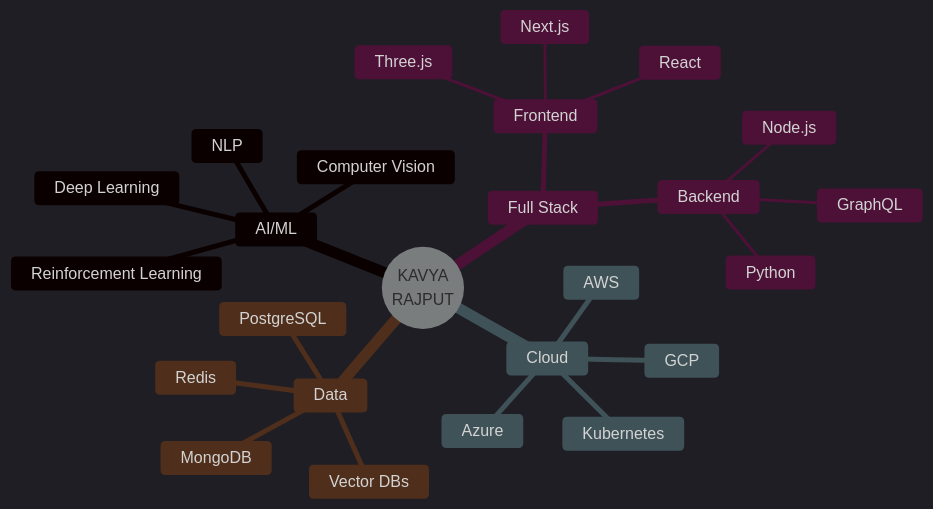
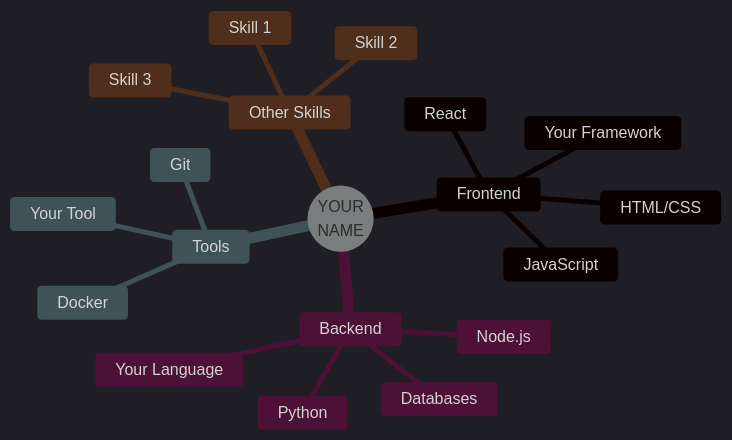
One commit to KAVYA-29-ai/KAVYA-29-ai changed the diagram in README.md. Above: the diagram before and after it, drawn with Mermaid. The commit also changed other lines of this file, not shown here.

````diff
--- a/README.md
+++ b/README.md
@@ -352,29 +566,23 @@
 ```mermaid
 %%{init: {'theme':'dark'}}%%
 mindmap
-  root((KAVYA<br/>RAJPUT))
-    AI/ML
-      Deep Learning
-      NLP
-      Computer Vision
-      Reinforcement Learning
-    Full Stack
-      Frontend
-        React
-        Next.js
-        Three.js
-      Backend
-        Node.js
-        Python
-        GraphQL
-    Cloud
-      AWS
-      GCP
-      Azure
-      Kubernetes
-    Data
-      PostgreSQL
-      MongoDB
-      Redis
-      Vector DBs
+  root((YOUR<br/>NAME))
+    Frontend
+      HTML/CSS
+      JavaScript
+      React
+      Your Framework
+    Backend
+      Node.js
+      Python
+      Your Language
+      Databases
+    Tools
+      Git
+      Docker
+      Your Tool
+    Other Skills
+      Skill 1
+      Skill 2
+      Skill 3
 ```
````
